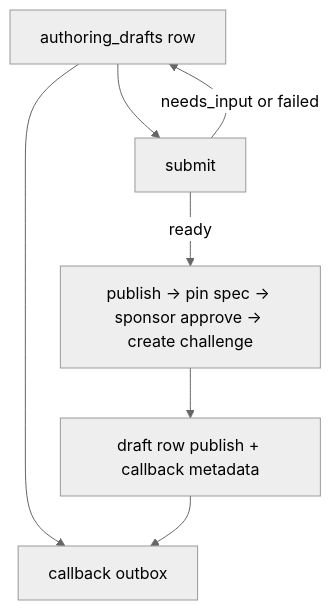
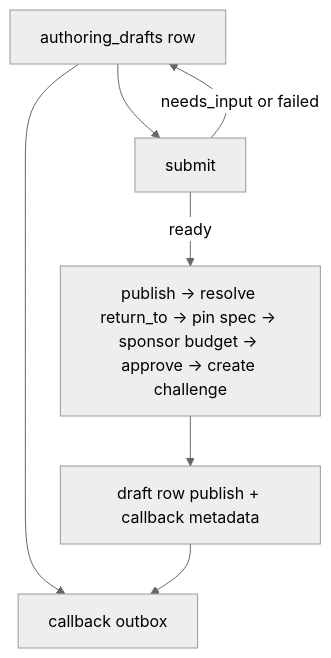
One commit to andymolecule/Hermes changed the seventh of 9 diagrams in docs/system-anatomy.md. Above: the diagram before and after it, drawn with Mermaid (neutral theme). The commit also changed other lines of this file and 36 other files, not shown here.

````diff
--- a/docs/system-anatomy.md
+++ b/docs/system-anatomy.md
@@ -944,15 +952,15 @@
 ```mermaid
 flowchart TD
     Draft["authoring_drafts row"]
     Submit["submit"]
-    Publish["publish -> pin spec -> sponsor approve -> create challenge"]
+    Publish["publish -> resolve return_to -> pin spec -> sponsor budget -> approve -> create challenge"]
     DraftMeta["draft row publish + callback metadata"]
     Callback["callback outbox"]
 
     Draft --> Submit
     Submit -->|"ready"| Publish
     Submit -->|"needs_input or failed"| Draft
     Publish --> DraftMeta
     Draft --> Callback
     DraftMeta --> Callback
 ```
````
